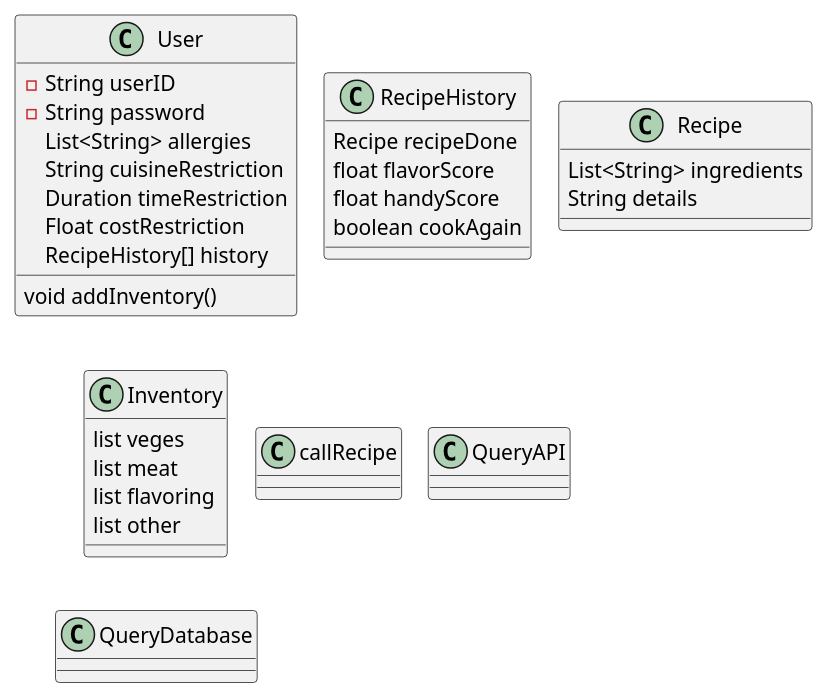
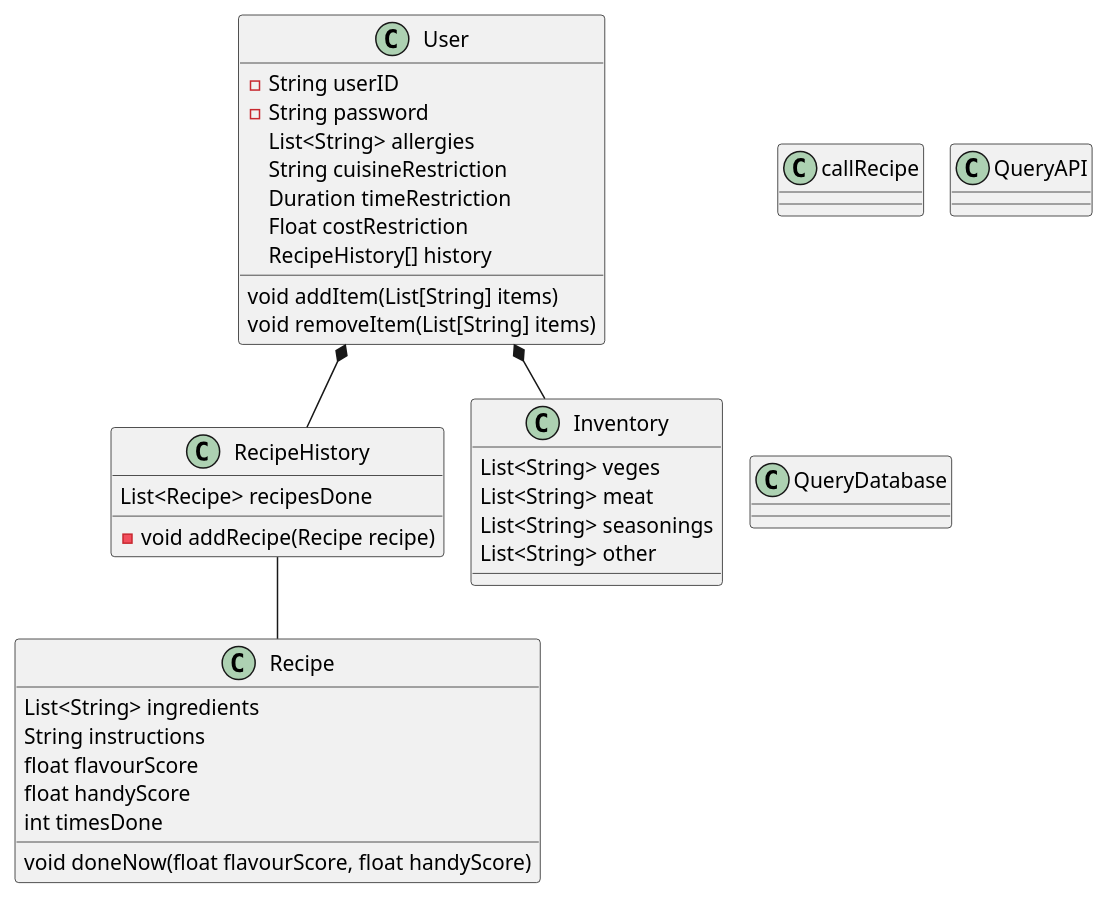
Before and after one commit to JohnZHANGFZ/207_group_project: the diagram in Project UML.puml, drawn with PlantUML.

Commit message:
Added methods and class relationships to non-API classes

```diff
--- a/Project UML.puml
+++ b/Project UML.puml
@@ -1,46 +1,52 @@
 @startuml
 !pragma layout smetana
 'https://plantuml.com/sequence-diagram
 
 class User {
 -String userID
 -String password
 List<String> allergies
 String cuisineRestriction
 Duration timeRestriction
 Float costRestriction
 RecipeHistory[] history
 
-void addInventory()
-
+void addItem(List[String] items)
+void removeItem(List[String] items)
 }
 
 class RecipeHistory{
-Recipe recipeDone
-float flavorScore
-float handyScore
-boolean cookAgain
+List<Recipe> recipesDone
+-void addRecipe(Recipe recipe)
 }
 
 class Recipe{
 List<String> ingredients
-String details
+String instructions
+float flavourScore
+float handyScore
+int timesDone
+void doneNow(float flavourScore, float handyScore)
 }
 
 class Inventory {
-list veges
-list meat
-list flavoring
-list other
+List<String> veges
+List<String> meat
+List<String> seasonings
+List<String> other
 }
 
 class callRecipe {
 }
 
 class QueryAPI {
 }
 
 class QueryDatabase {
 }
 
+RecipeHistory -- Recipe
+User *-- Inventory
+User *-- RecipeHistory
+
 @enduml
```
